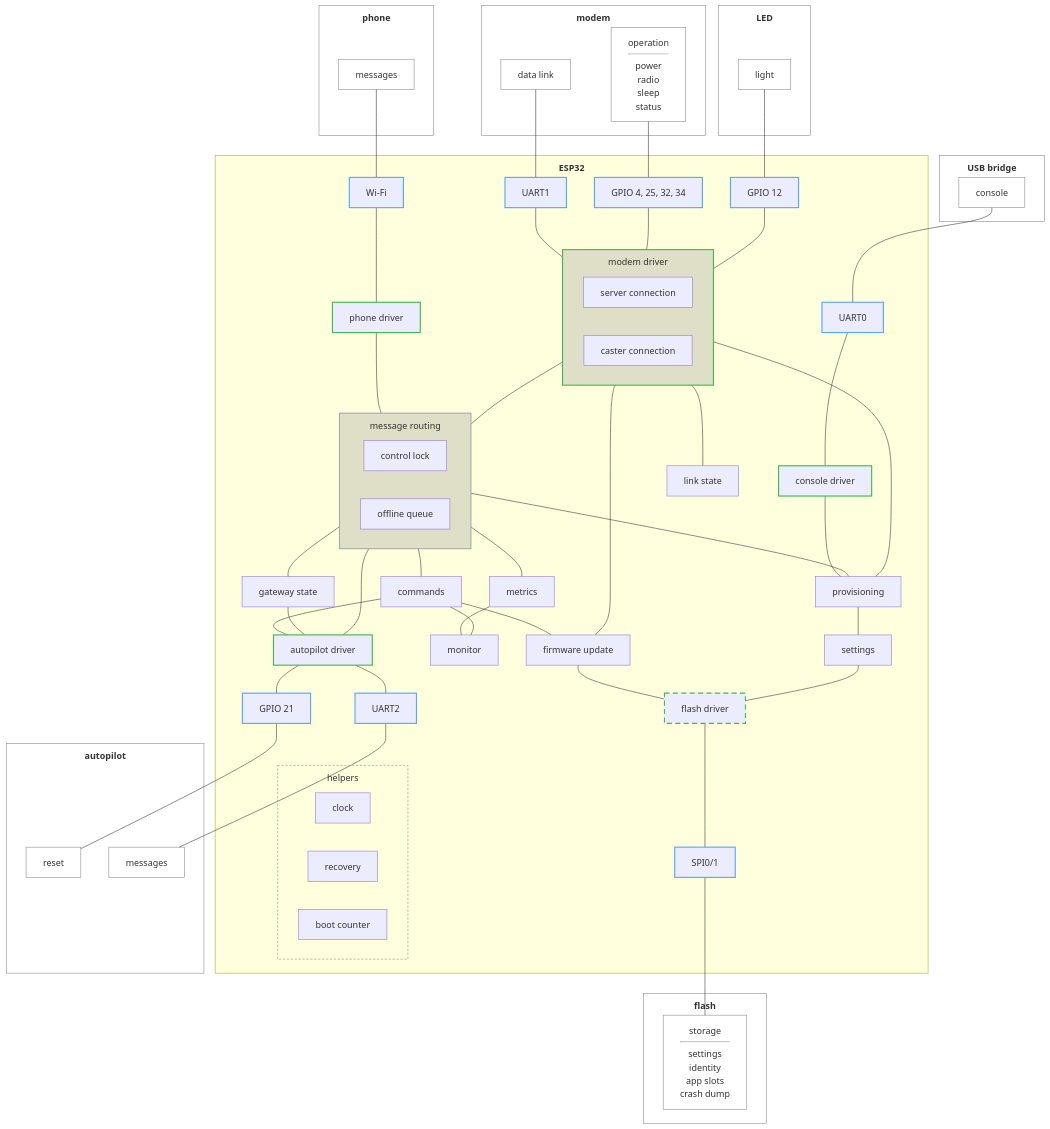
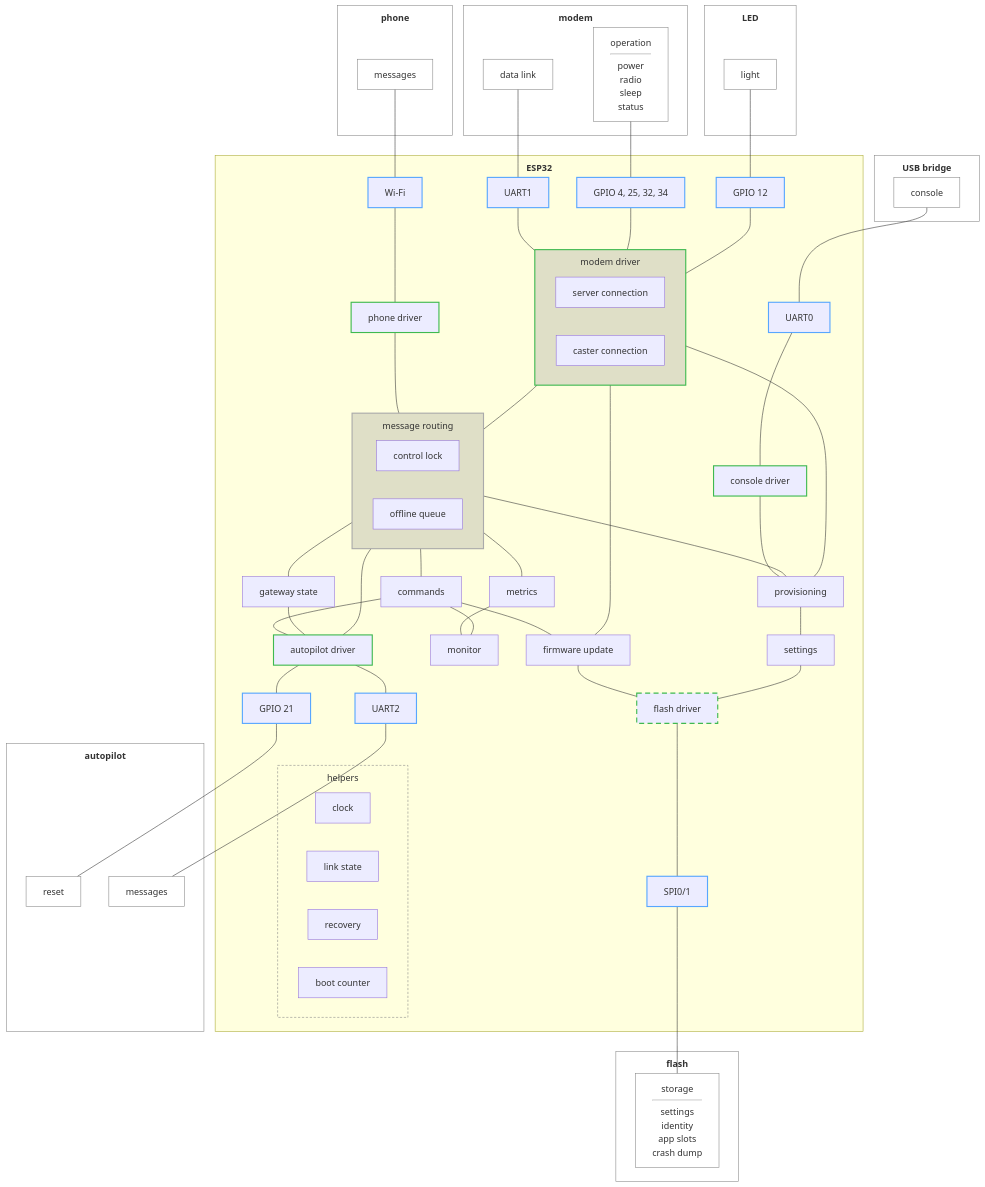
Before and after one commit to rmx-lt/rmx-mower-gateway: the diagram in .esp-architecture/diagrams/block-draft.md, drawn with Mermaid.

Commit message:
Draft: link state to helpers

```diff
--- a/.esp-architecture/diagrams/block-draft.md
+++ b/.esp-architecture/diagrams/block-draft.md
@@ -47,9 +47,9 @@
     state["gateway state"]
     met["metrics"]
     mon["monitor"]
-    ls["link state"]
     subgraph help["helpers"]
       clk["clock"]
+      ls["link state"]
       rec["recovery"]
       boot["boot counter"]
     end
@@ -75,7 +75,6 @@
   msg --- prov
   con --- prov
   conn --- msg
-  conn --- ls
   conn --- upd
   msg --- cmd
   msg --- state
```
